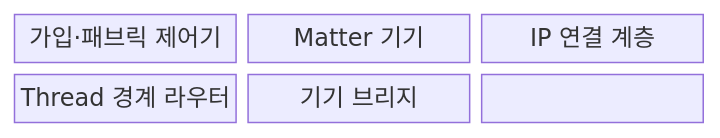
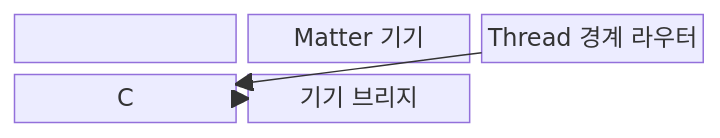
The first of 2 diagrams in src/content/docs/notes/04-network/113_smart_home_network_matter.md (agnusdei1207/knowledge-base), drawn with Mermaid before and after one commit. The commit also changed other lines of this file and 16 other files, not shown here.

````diff
--- a/src/content/docs/notes/04-network/113_smart_home_network_matter.md
+++ b/src/content/docs/notes/04-network/113_smart_home_network_matter.md
@@ -56,11 +56,7 @@
 ```mermaid
-block-beta
+block
   columns 3
-  A["가입·패브릭 제어기"]
-  B["Matter 기기"]
-  C["IP 연결 계층"]
-  D["Thread 경계 라우터"]
-  E["기기 브리지"]
-    A --- B --- C
-    C --- D --- E
+  A["가입·패브릭 제어기"] --> C["IP 연결 계층"] --> B["Matter 기기"]
+  D["Thread 경계 라우터"] --> C
+  E["기기 브리지"] --> C
 ```
````
